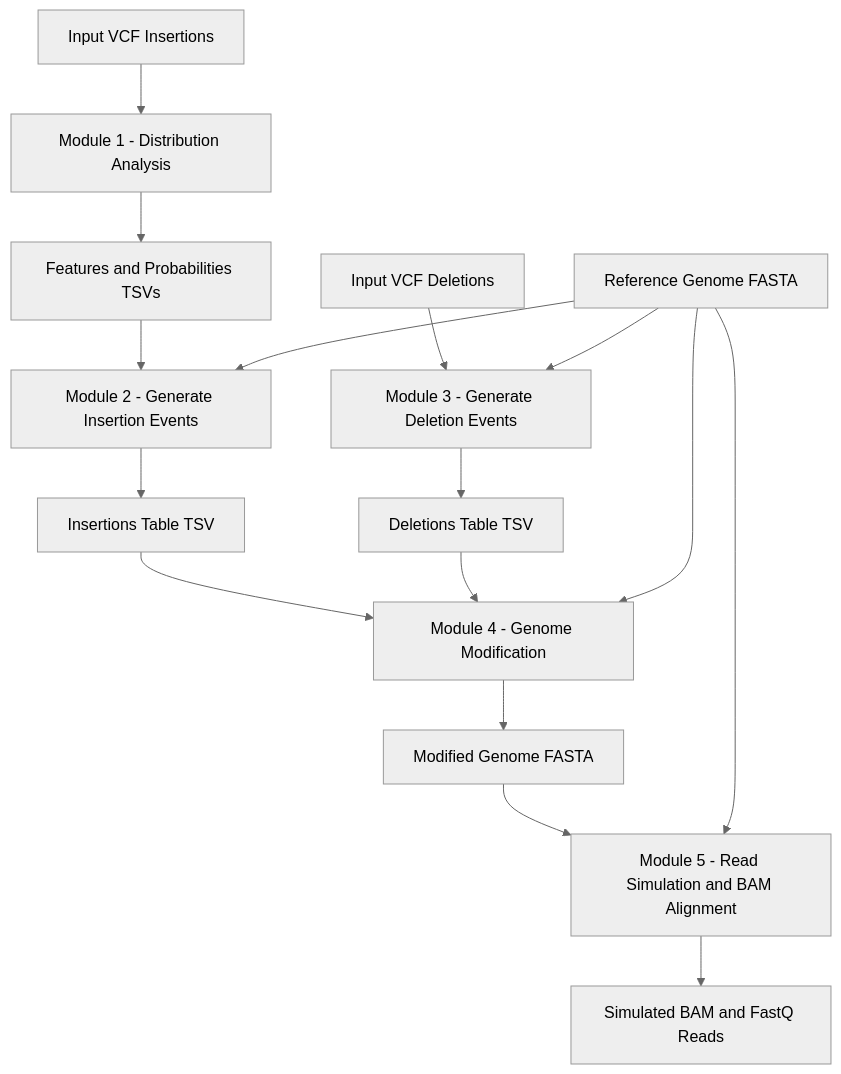
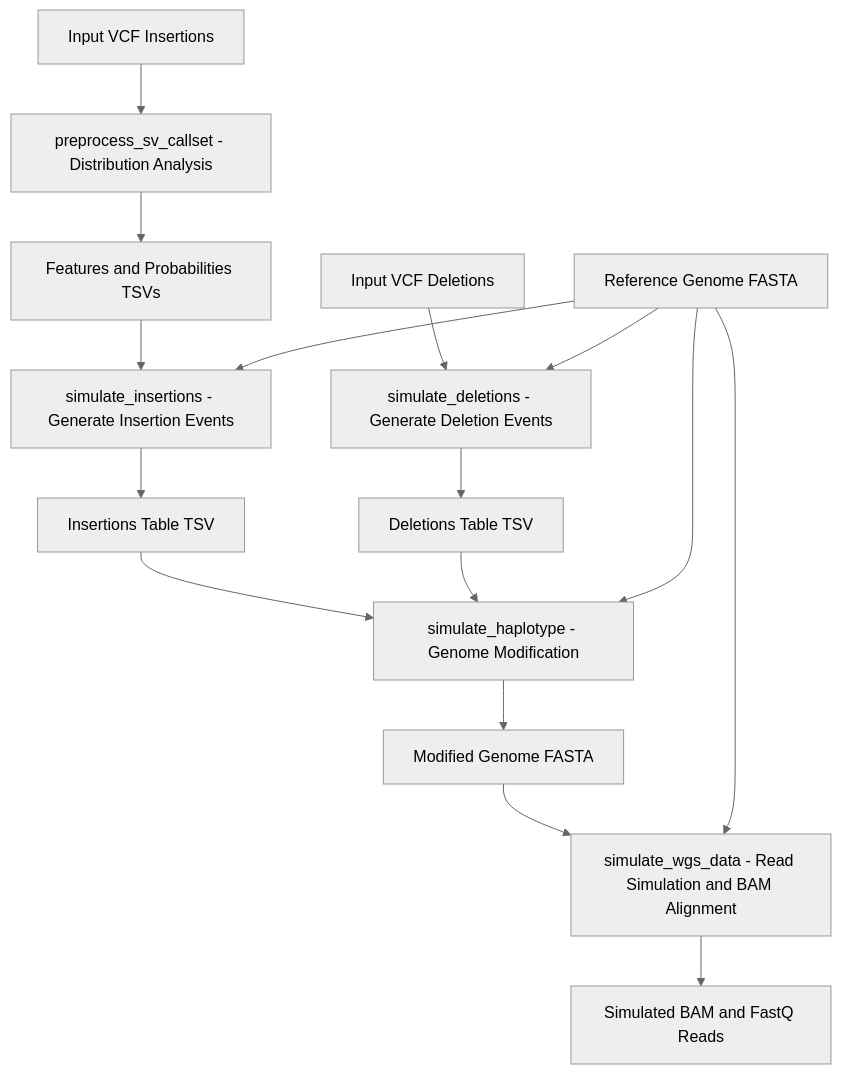
The diagram in docs/index.md (biocorecrg/SVModeller), drawn with Mermaid (neutral theme) before and after one commit. The commit also changed other lines of this file and 24 other files, not shown here.

````diff
--- a/docs/index.md
+++ b/docs/index.md
@@ -32,21 +32,21 @@
 ```mermaid
 graph TD
-    VCF_IN[Input VCF Insertions] --> M1[Module 1 - Distribution Analysis]
+    VCF_IN[Input VCF Insertions] --> M1[preprocess_sv_callset - Distribution Analysis]
     M1 --> DIST[Features and Probabilities TSVs]
-    DIST --> M2[Module 2 - Generate Insertion Events]
+    DIST --> M2[simulate_insertions - Generate Insertion Events]
     REF_FA[Reference Genome FASTA] --> M2
     M2 --> INS_TAB[Insertions Table TSV]
 
-    VCF_DEL[Input VCF Deletions] --> M3[Module 3 - Generate Deletion Events]
+    VCF_DEL[Input VCF Deletions] --> M3[simulate_deletions - Generate Deletion Events]
     REF_FA --> M3
     M3 --> DEL_TAB[Deletions Table TSV]
 
-    INS_TAB --> M4[Module 4 - Genome Modification]
+    INS_TAB --> M4[simulate_haplotype - Genome Modification]
     DEL_TAB --> M4
     REF_FA --> M4
     M4 --> MOD_FA[Modified Genome FASTA]
 
-    MOD_FA --> M5[Module 5 - Read Simulation and BAM Alignment]
+    MOD_FA --> M5[simulate_wgs_data - Read Simulation and BAM Alignment]
     REF_FA --> M5
     M5 --> BAM[Simulated BAM and FastQ Reads]
 ```
````
